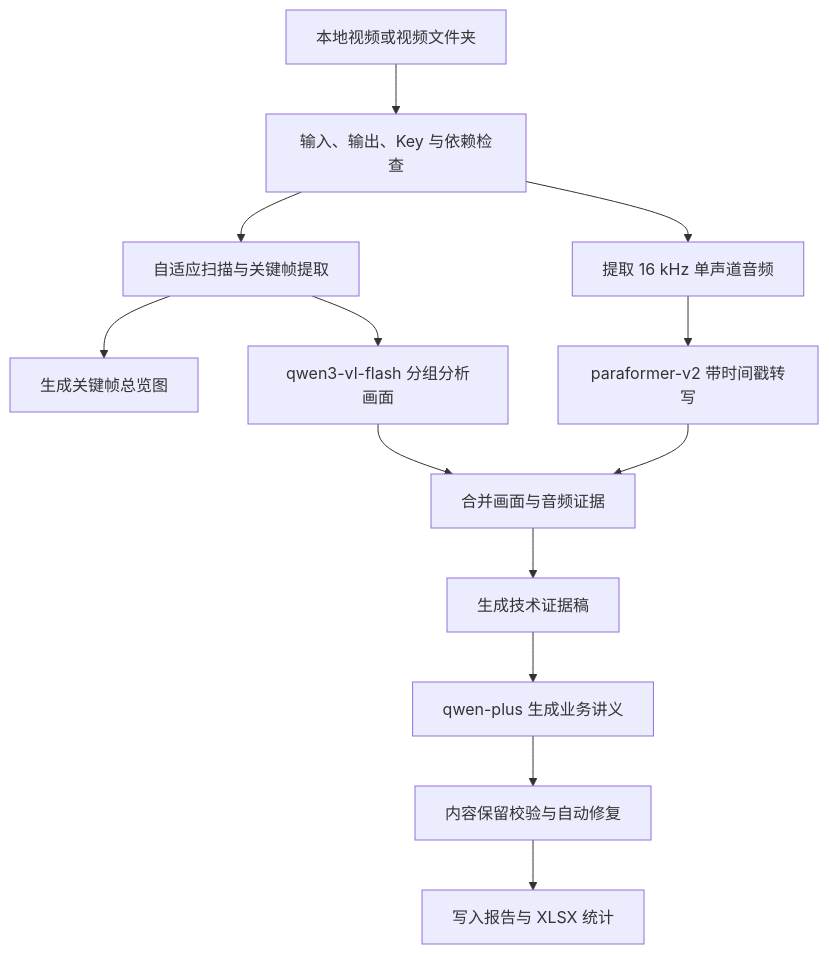
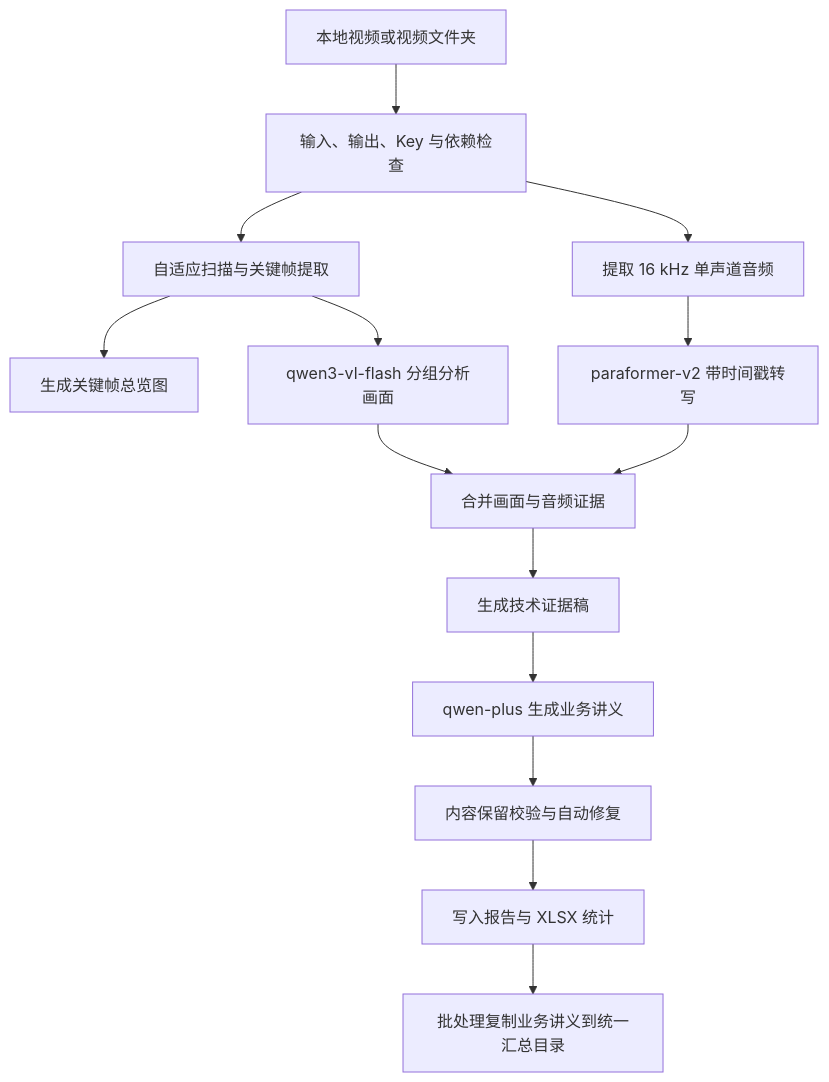
The diagram in README.md (Terry-J-Ola/video-course-to-markdown), drawn with Mermaid before and after one commit. The commit also changed other lines of this file and 10 other files, not shown here.

````diff
--- a/README.md
+++ b/README.md
@@ -197,15 +231,16 @@
 ```mermaid
 flowchart TD
     A[本地视频或视频文件夹] --> B[输入、输出、Key 与依赖检查]
     B --> C[自适应扫描与关键帧提取]
     C --> D[生成关键帧总览图]
     C --> E[qwen3-vl-flash 分组分析画面]
     B --> F[提取 16 kHz 单声道音频]
     F --> G[paraformer-v2 带时间戳转写]
     E --> H[合并画面与音频证据]
     G --> H
     H --> I[生成技术证据稿]
     I --> J[qwen-plus 生成业务讲义]
     J --> K[内容保留校验与自动修复]
     K --> L[写入报告与 XLSX 统计]
+    L --> M[批处理复制业务讲义到统一汇总目录]
 ```
````
